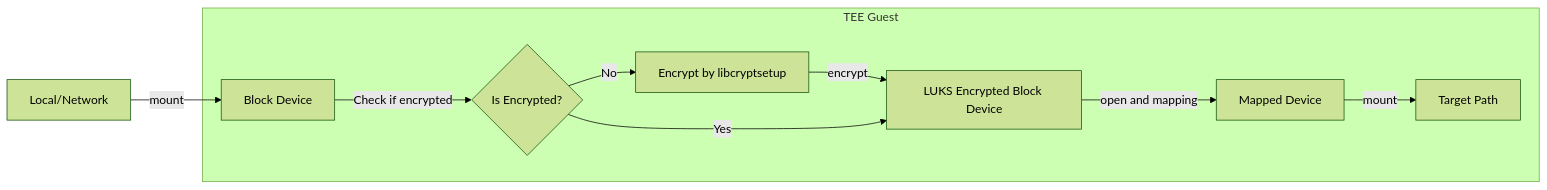
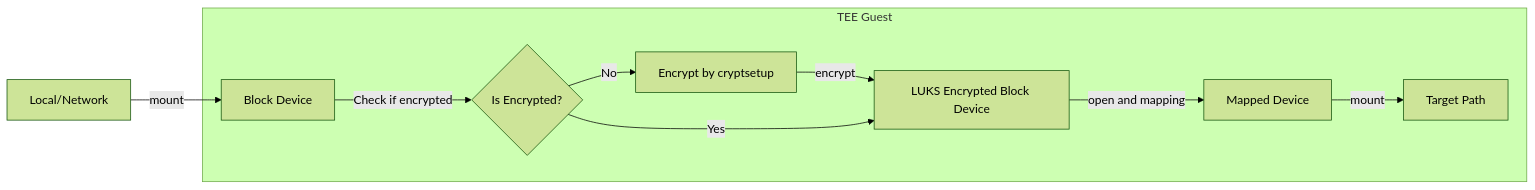
Before and after one commit to confidential-containers/guest-components: the third of 3 diagrams in confidential-data-hub/docs/SECURE_STORAGE.md, drawn with Mermaid (forest theme). The commit also changed other lines of this file and 3 other files, not shown here.

````diff
--- a/confidential-data-hub/docs/SECURE_STORAGE.md
+++ b/confidential-data-hub/docs/SECURE_STORAGE.md
@@ -98,12 +101,12 @@
 ```mermaid
 flowchart LR
     A[Local/Network] -- mount --> B[Block Device]
     subgraph TEE Guest
         B -- Check if encrypted --> F{Is Encrypted?}
-        F -- No --> G[Encrypt by libcryptsetup]
+        F -- No --> G[Encrypt by cryptsetup]
         G -- encrypt --> C[LUKS Encrypted Block Device]
         F -- Yes --> C[LUKS Encrypted Block Device]
         C -- open and mapping --> D[Mapped Device]
         D -- mount --> E[Target Path]
     end
 ```
````
